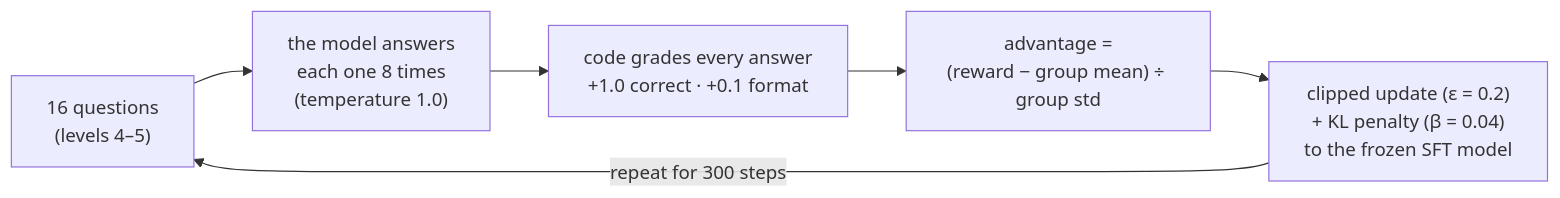
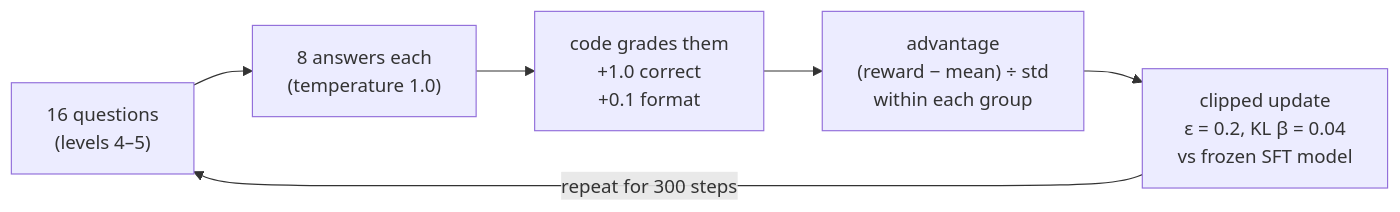
The third of 5 diagrams in README.md (RishitheB0T/tiny-reasoner), drawn with Mermaid before and after one commit. The commit also changed other lines of this file, not shown here.

First line of the commit message:
Fix README formulas and diagram layout on GitHub

````diff
--- a/README.md
+++ b/README.md
@@ -356,8 +359,8 @@
 ```mermaid
 flowchart LR
-    q["16 questions<br/>(levels 4–5)"] --> s["the model answers<br/>each one 8 times<br/>(temperature 1.0)"]
-    s --> r["code grades every answer<br/>+1.0 correct · +0.1 format"]
-    r --> a["advantage =<br/>(reward − group mean) ÷ group std"]
-    a --> u["clipped update (ε = 0.2)<br/>+ KL penalty (β = 0.04)<br/>to the frozen SFT model"]
+    q["16 questions<br/>(levels 4–5)"] --> s["8 answers each<br/>(temperature 1.0)"]
+    s --> r["code grades them<br/>+1.0 correct<br/>+0.1 format"]
+    r --> a["advantage<br/>(reward − mean) ÷ std<br/>within each group"]
+    a --> u["clipped update<br/>ε = 0.2, KL β = 0.04<br/>vs frozen SFT model"]
     u -- "repeat for 300 steps" --> q
 ```
````
